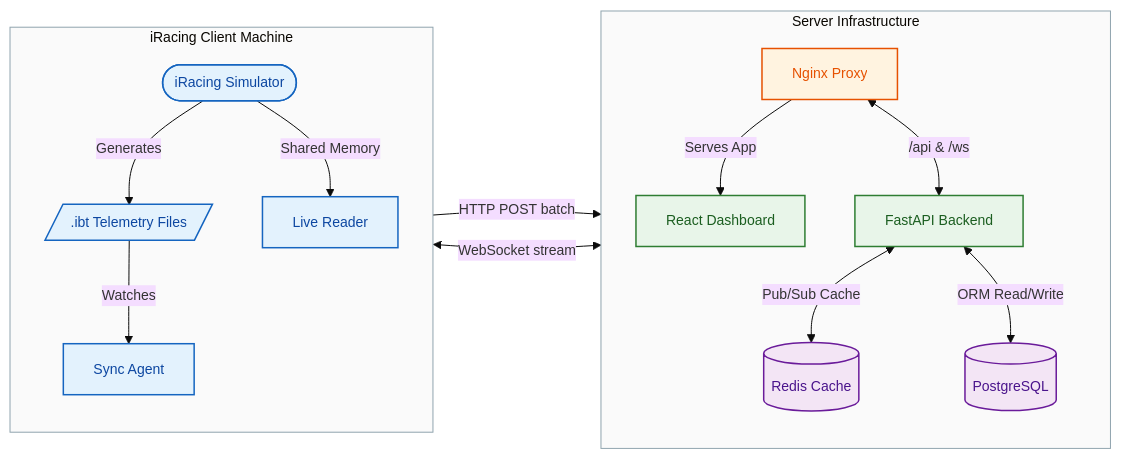
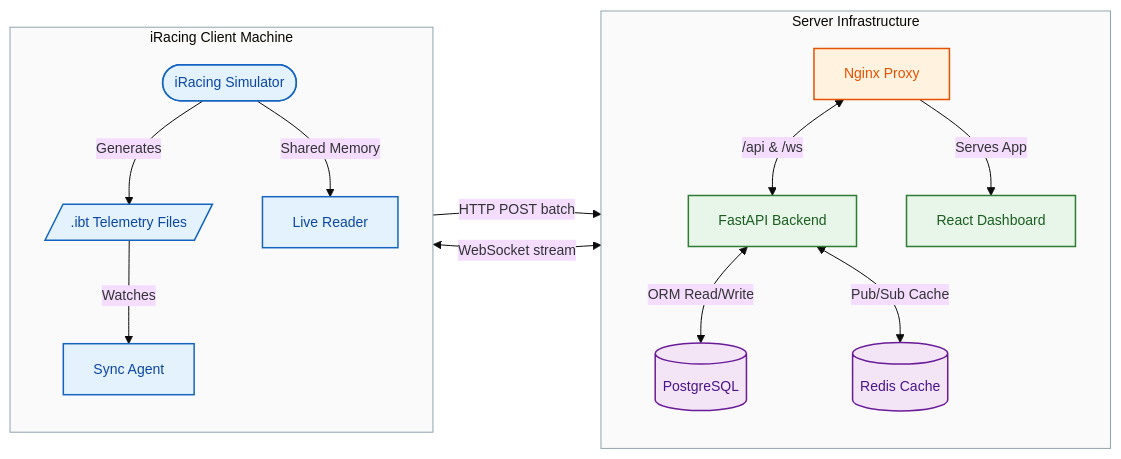
Before and after one commit to 0resuto/iracing-cold-mirror: the diagram in README.md, drawn with Mermaid. The commit also changed other lines of this file, not shown here.

Commit message:
docs: actualize README.md features, system monitoring, and API_KEY setup guide

````diff
--- a/README.md
+++ b/README.md
@@ -25,45 +27,45 @@
 ```mermaid
 %%{init: {'theme': 'base', 'themeVariables': { 'fontSize': '14px' }}}%%
 flowchart LR
     subgraph Client["iRacing Client Machine"]
         direction TB
         Sim(["iRacing Simulator"])
         IBT[/".ibt Telemetry Files"/]
         Agent["Sync Agent"]
         Live["Live Reader"]
 
         Sim -->|Generates| IBT
         Sim -->|Shared Memory| Live
         IBT -->|Watches| Agent
     end
 
     subgraph Server["Server Infrastructure"]
         direction TB
         Proxy["Nginx Proxy"]
+        API["FastAPI Backend"]
         UI["React Dashboard"]
-        API["FastAPI Backend"]
+        DB[("PostgreSQL")]
         Redis[("Redis Cache")]
-        DB[("PostgreSQL")]
 
+        Proxy <-->|"/api & /ws"| API
         Proxy -->|Serves App| UI
-        Proxy <-->|"/api & /ws"| API
+        API <-->|ORM Read/Write| DB
         API <-->|Pub/Sub Cache| Redis
-        API <-->|ORM Read/Write| DB
     end
 
     Agent -->|HTTP POST batch| Proxy
     Live <-->|WebSocket stream| Proxy
 
     classDef client fill:#E3F2FD,stroke:#1565C0,stroke-width:1.5px,color:#0D47A1
     classDef edge fill:#FFF3E0,stroke:#E65100,stroke-width:1.5px,color:#E65100
     classDef app fill:#E8F5E9,stroke:#2E7D32,stroke-width:1.5px,color:#1B5E20
     classDef data fill:#F3E5F5,stroke:#6A1B9A,stroke-width:1.5px,color:#4A148C
 
     class Sim,IBT,Agent,Live client
     class Proxy edge
     class UI,API app
     class DB,Redis data
 
     style Client fill:#FAFAFA,stroke:#90A4AE,stroke-width:1px
     style Server fill:#FAFAFA,stroke:#90A4AE,stroke-width:1px
 ```
````
